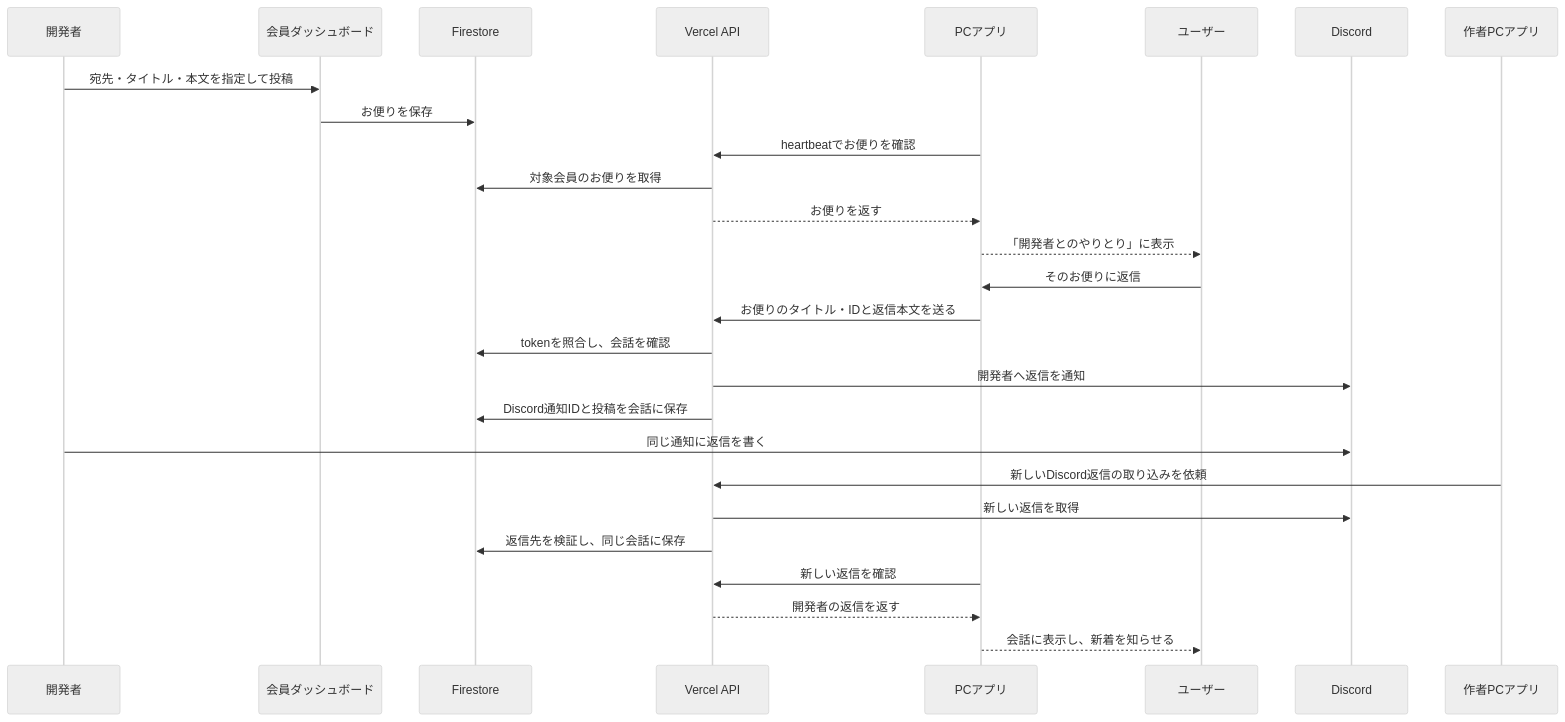
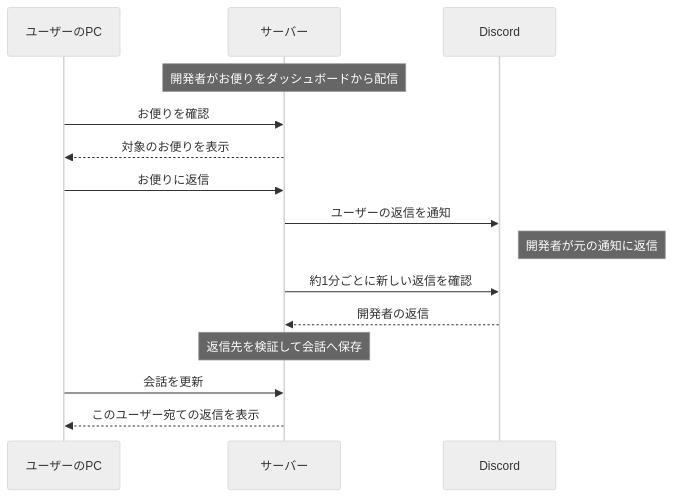
The fourth of 4 diagrams in docs-v2/007_COMMUNICATION.md (ore-no-fusen/ore-no-fusen), drawn with Mermaid (neutral theme) before and after one commit. The commit also changed other lines of this file and 8 other files, not shown here.

Commit message:
feat: prepare server-owned Discord reply ingestion and simplify sequences

````diff
--- a/docs-v2/007_COMMUNICATION.md
+++ b/docs-v2/007_COMMUNICATION.md
@@ -298,30 +280,18 @@
 ```mermaid
 sequenceDiagram
-    participant Dev as 開発者
-    participant Dash as 会員ダッシュボード
-    participant DB as Firestore
-    participant API as Vercel API
-    participant PC as PCアプリ
-    participant User as ユーザー
+    participant PC as ユーザーのPC
+    participant Server as サーバー
     participant Discord as Discord
-    participant AuthorPC as 作者PCアプリ
 
-    Dev->>Dash: 宛先・タイトル・本文を指定して投稿
-    Dash->>DB: お便りを保存
-    PC->>API: heartbeatでお便りを確認
-    API->>DB: 対象会員のお便りを取得
-    API-->>PC: お便りを返す
-    PC-->>User: 「開発者とのやりとり」に表示
-    User->>PC: そのお便りに返信
-    PC->>API: お便りのタイトル・IDと返信本文を送る
-    API->>DB: tokenを照合し、会話を確認
-    API->>Discord: 開発者へ返信を通知
-    API->>DB: Discord通知IDと投稿を会話に保存
-    Dev->>Discord: 同じ通知に返信を書く
-    AuthorPC->>API: 新しいDiscord返信の取り込みを依頼
-    API->>Discord: 新しい返信を取得
-    API->>DB: 返信先を検証し、同じ会話に保存
-    PC->>API: 新しい返信を確認
-    API-->>PC: 開発者の返信を返す
-    PC-->>User: 会話に表示し、新着を知らせる
+    Note over Server: 開発者がお便りをダッシュボードから配信
+    PC->>Server: お便りを確認
+    Server-->>PC: 対象のお便りを表示
+    PC->>Server: お便りに返信
+    Server->>Discord: ユーザーの返信を通知
+    Note right of Discord: 開発者が元の通知に返信
+    Server->>Discord: 約1分ごとに新しい返信を確認
+    Discord-->>Server: 開発者の返信
+    Note over Server: 返信先を検証して会話へ保存
+    PC->>Server: 会話を更新
+    Server-->>PC: このユーザー宛ての返信を表示
 ```
````
